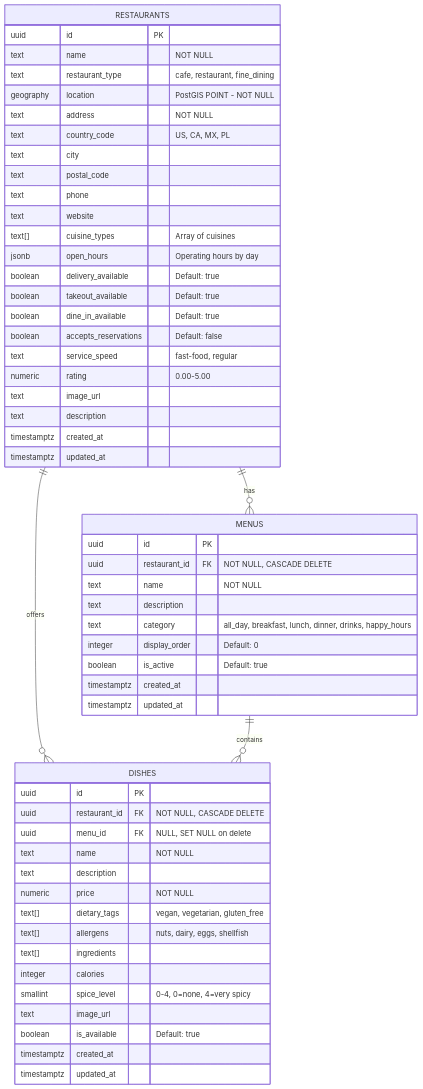
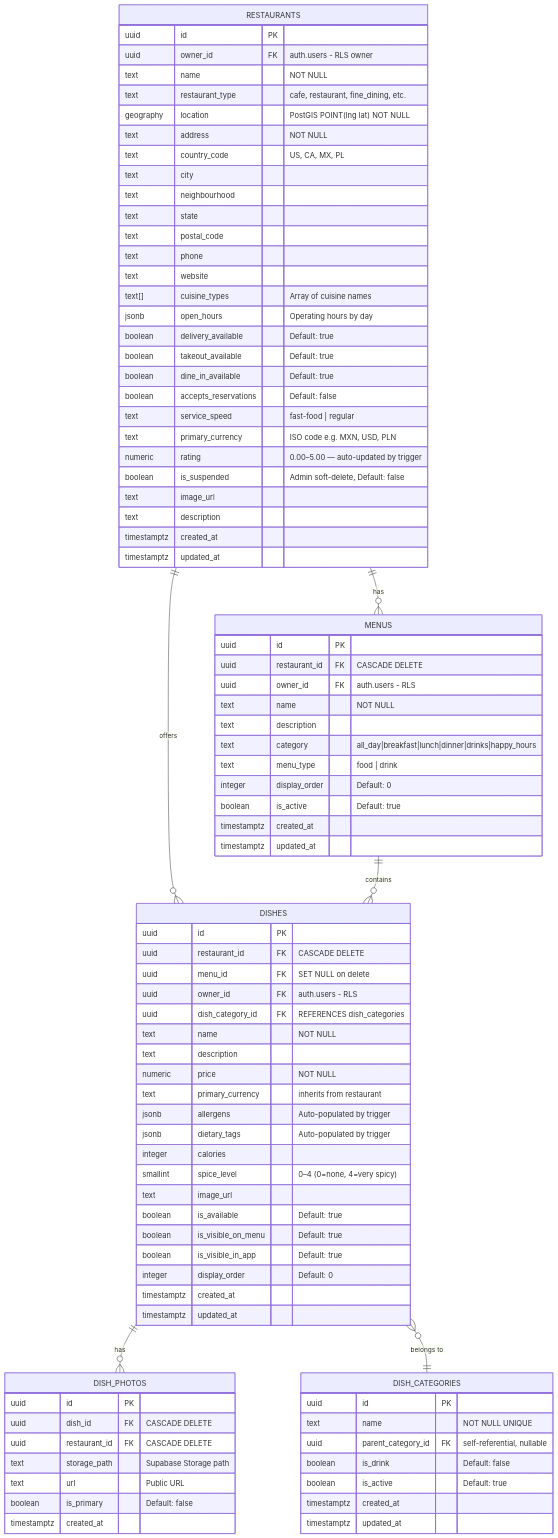
One commit to ArturKlasa/eatMe_v1.1 changed the first of 8 diagrams in docs/schema-erd.md. Above: the diagram before and after it, drawn with Mermaid. The commit also changed other lines of this file and 11 other files, not shown here.

```diff
--- a/docs/schema-erd.md
+++ b/docs/schema-erd.md
@@ -9,26 +14,33 @@
     RESTAURANTS ||--o{ MENUS : "has"
     RESTAURANTS ||--o{ DISHES : "offers"
     MENUS ||--o{ DISHES : "contains"
+    DISHES ||--o{ DISH_PHOTOS : "has"
+    DISHES }o--|| DISH_CATEGORIES : "belongs to"
 
     RESTAURANTS {
         uuid id PK
+        uuid owner_id FK "auth.users - RLS owner"
         text name "NOT NULL"
-        text restaurant_type "cafe, restaurant, fine_dining"
-        geography location "PostGIS POINT - NOT NULL"
+        text restaurant_type "cafe, restaurant, fine_dining, etc."
+        geography location "PostGIS POINT(lng lat) NOT NULL"
         text address "NOT NULL"
         text country_code "US, CA, MX, PL"
         text city
+        text neighbourhood
+        text state
         text postal_code
         text phone
         text website
-        text[] cuisine_types "Array of cuisines"
+        text[] cuisine_types "Array of cuisine names"
         jsonb open_hours "Operating hours by day"
         boolean delivery_available "Default: true"
         boolean takeout_available "Default: true"
         boolean dine_in_available "Default: true"
         boolean accepts_reservations "Default: false"
-        text service_speed "fast-food, regular"
-        numeric rating "0.00-5.00"
+        text service_speed "fast-food | regular"
+        text primary_currency "ISO code e.g. MXN, USD, PLN"
+        numeric rating "0.00–5.00 — auto-updated by trigger"
+        boolean is_suspended "Admin soft-delete, Default: false"
         text image_url
         text description
         timestamptz created_at
@@ -37,10 +49,12 @@
 
     MENUS {
         uuid id PK
-        uuid restaurant_id FK "NOT NULL, CASCADE DELETE"
+        uuid restaurant_id FK "CASCADE DELETE"
+        uuid owner_id FK "auth.users - RLS"
         text name "NOT NULL"
         text description
-        text category "all_day, breakfast, lunch, dinner, drinks, happy_hours"
+        text category "all_day|breakfast|lunch|dinner|drinks|happy_hours"
+        text menu_type "food | drink"
         integer display_order "Default: 0"
         boolean is_active "Default: true"
         timestamptz created_at
@@ -49,18 +63,43 @@
 
     DISHES {
         uuid id PK
-        uuid restaurant_id FK "NOT NULL, CASCADE DELETE"
-        uuid menu_id FK "NULL, SET NULL on delete"
+        uuid restaurant_id FK "CASCADE DELETE"
+        uuid menu_id FK "SET NULL on delete"
+        uuid owner_id FK "auth.users - RLS"
+        uuid dish_category_id FK "REFERENCES dish_categories"
         text name "NOT NULL"
         text description
         numeric price "NOT NULL"
-        text[] dietary_tags "vegan, vegetarian, gluten_free"
-        text[] allergens "nuts, dairy, eggs, shellfish"
-        text[] ingredients
+        text primary_currency "inherits from restaurant"
+        jsonb allergens "Auto-populated by trigger"
+        jsonb dietary_tags "Auto-populated by trigger"
         integer calories
-        smallint spice_level "0-4, 0=none, 4=very spicy"
+        smallint spice_level "0–4 (0=none, 4=very spicy)"
         text image_url
         boolean is_available "Default: true"
+        boolean is_visible_on_menu "Default: true"
+        boolean is_visible_in_app "Default: true"
+        integer display_order "Default: 0"
+        timestamptz created_at
+        timestamptz updated_at
+    }
+
+    DISH_PHOTOS {
+        uuid id PK
+        uuid dish_id FK "CASCADE DELETE"
+        uuid restaurant_id FK "CASCADE DELETE"
+        text storage_path "Supabase Storage path"
+        text url "Public URL"
+        boolean is_primary "Default: false"
+        timestamptz created_at
+    }
+
+    DISH_CATEGORIES {
+        uuid id PK
+        text name "NOT NULL UNIQUE"
+        uuid parent_category_id FK "self-referential, nullable"
+        boolean is_drink "Default: false"
+        boolean is_active "Default: true"
         timestamptz created_at
         timestamptz updated_at
     }
```
